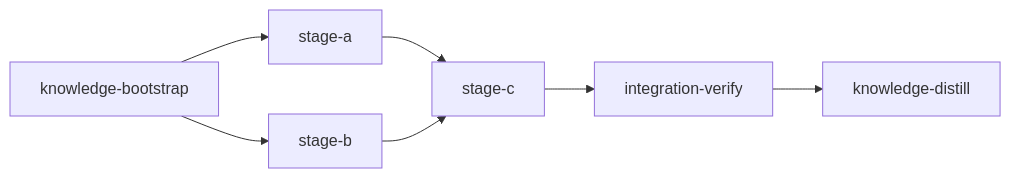
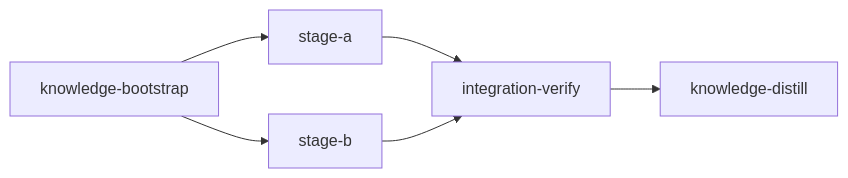
Before and after one commit to cosmix/loom: the diagram in skills/loom-plan-writer/SKILL.md, drawn with Mermaid. The commit also changed other lines of this file, not shown here.

````diff
--- a/skills/loom-plan-writer/SKILL.md
+++ b/skills/loom-plan-writer/SKILL.md
@@ -711,7 +162,6 @@
 ```mermaid
 graph LR
     knowledge-bootstrap --> stage-a & stage-b
-    stage-a & stage-b --> stage-c
-    stage-c --> integration-verify
+    stage-a & stage-b --> integration-verify
     integration-verify --> knowledge-distill
 ```
````
